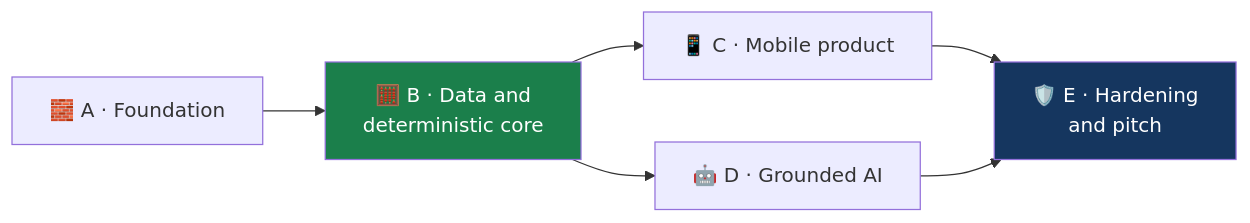
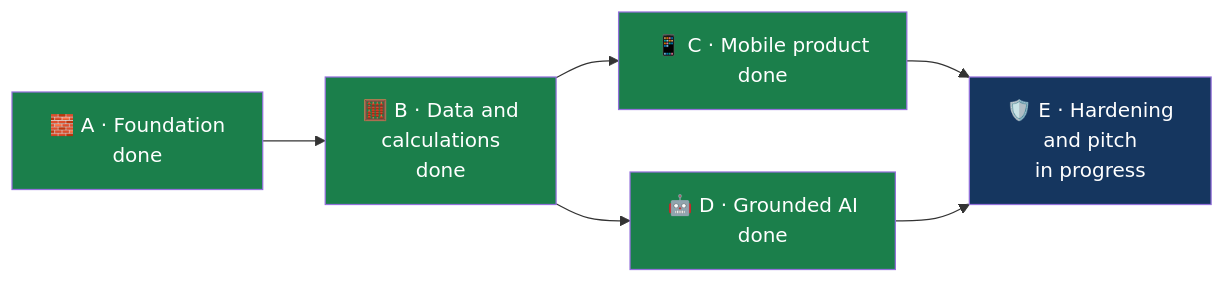
One commit to edarko265/FinSight-AI changed the diagram in docs/implementation-plan.md. Above: the diagram before and after it, drawn with Mermaid. The commit also changed other lines of this file and 12 other files, not shown here.

````diff
--- a/docs/implementation-plan.md
+++ b/docs/implementation-plan.md
@@ -52,11 +13,14 @@
 ```mermaid
 flowchart LR
-    A["🧱 A · Foundation"] --> B["🧮 B · Data and<br/>deterministic core"]
-    B --> C["📱 C · Mobile product"]
-    B --> D["🤖 D · Grounded AI"]
-    C --> E["🛡️ E · Hardening<br/>and pitch"]
+    A["🧱 A · Foundation<br/>done"] --> B["🧮 B · Data and<br/>calculations<br/>done"]
+    B --> C["📱 C · Mobile product<br/>done"]
+    B --> D["🤖 D · Grounded AI<br/>done"]
+    C --> E["🛡️ E · Hardening<br/>and pitch<br/>in progress"]
     D --> E
 
+    style A fill:#1B7F4B,color:#fff
     style B fill:#1B7F4B,color:#fff
+    style C fill:#1B7F4B,color:#fff
+    style D fill:#1B7F4B,color:#fff
     style E fill:#15365F,color:#fff
 ```
````
